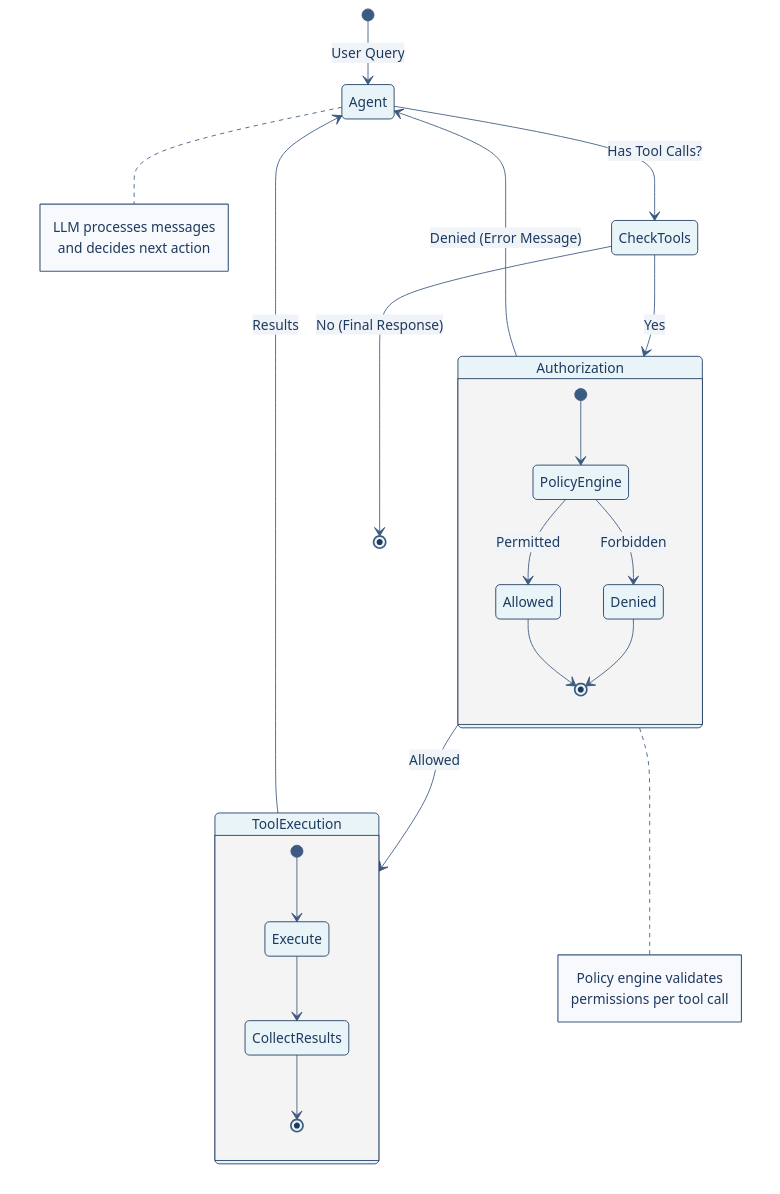
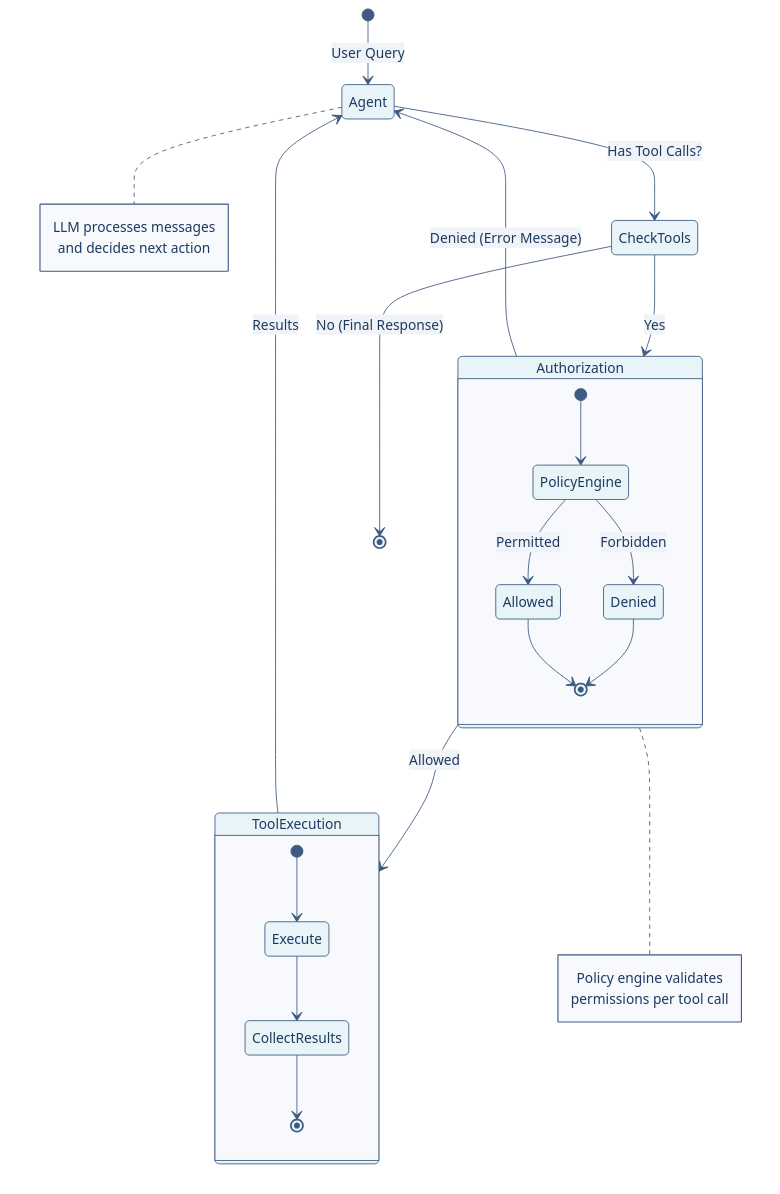
The second of 5 diagrams in ARCHITECTURE.md (ruthvik-jeev/hr-agent), drawn with Mermaid before and after one commit. The commit also changed other lines of this file and 2 other files, not shown here.

First line of the commit message:
fix: use light backgrounds for all diagram nodes and improve contrast

````diff
--- a/ARCHITECTURE.md
+++ b/ARCHITECTURE.md
@@ -100,59 +100,61 @@
 ```mermaid
 %%{init: {
   'theme': 'base',
   'themeVariables': {
     'primaryColor': '#e8f4f8',
     'primaryTextColor': '#1e3a5f',
-    'primaryBorderColor': '#1e3a5f',
+    'primaryBorderColor': '#3d5a80',
     'lineColor': '#3d5a80',
     'secondaryColor': '#f0f4f8',
     'tertiaryColor': '#f7f9fc',
     'stateBkg': '#e8f4f8',
     'stateLabelColor': '#1e3a5f',
+    'compositeBackground': '#f7f9fc',
+    'compositeBorder': '#3d5a80',
     'transitionColor': '#3d5a80',
     'transitionLabelColor': '#1e3a5f',
     'textColor': '#1e3a5f',
     'noteTextColor': '#1e3a5f',
     'noteBkgColor': '#f7f9fc',
     'noteBorderColor': '#3d5a80'
   }
 }}%%
 
 stateDiagram-v2
     [*] --> Agent: User Query
 
     Agent --> CheckTools: Has Tool Calls?
     
     state CheckTools <<choice>>
     CheckTools --> Authorization: Yes
     CheckTools --> [*]: No (Final Response)
 
     state Authorization {
         [*] --> PolicyEngine
         PolicyEngine --> Allowed: Permitted
         PolicyEngine --> Denied: Forbidden
         Allowed --> [*]
         Denied --> [*]
     }
 
     Authorization --> ToolExecution: Allowed
     Authorization --> Agent: Denied (Error Message)
     
     state ToolExecution {
         [*] --> Execute
         Execute --> CollectResults
         CollectResults --> [*]
     }
 
     ToolExecution --> Agent: Results
     
     note right of Agent
         LLM processes messages
         and decides next action
     end note
     
     note right of Authorization
         Policy engine validates
         permissions per tool call
     end note
 ```
````
